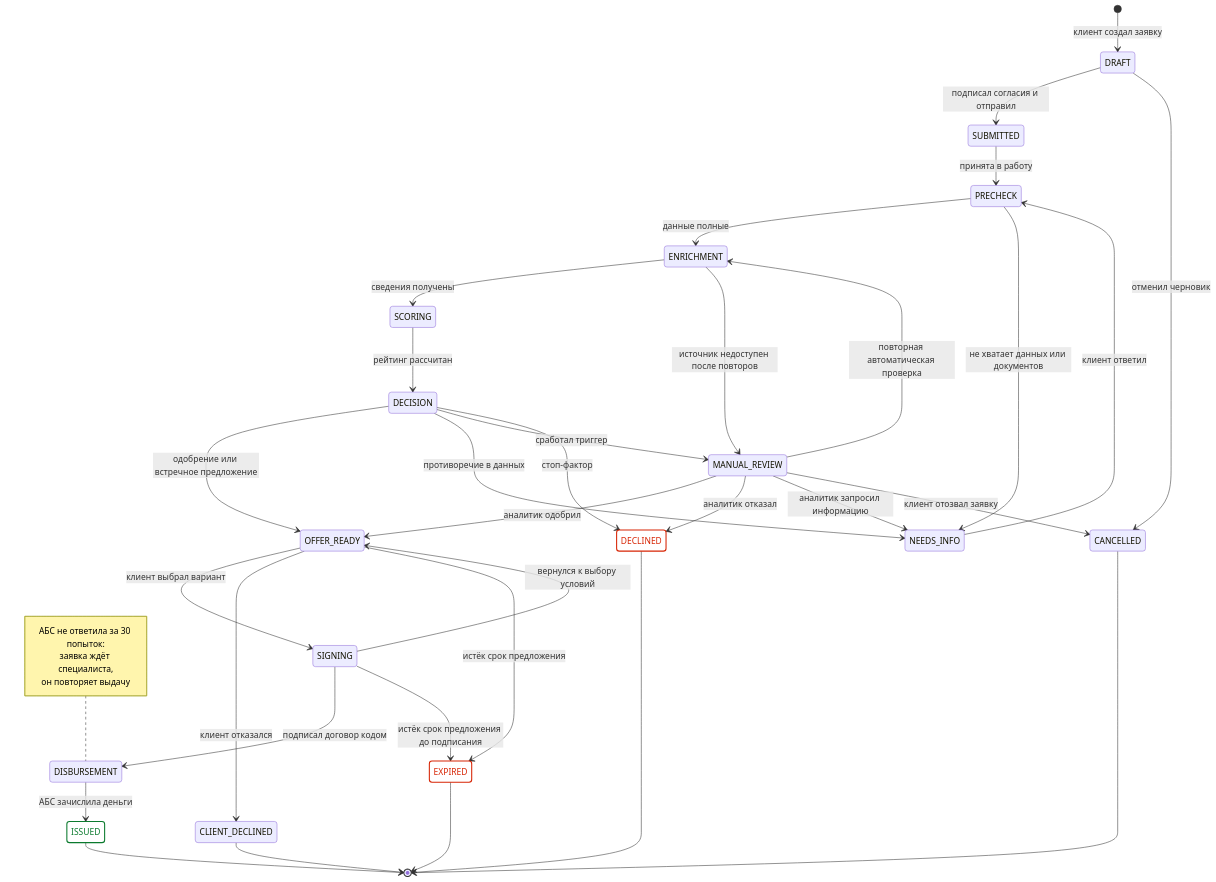
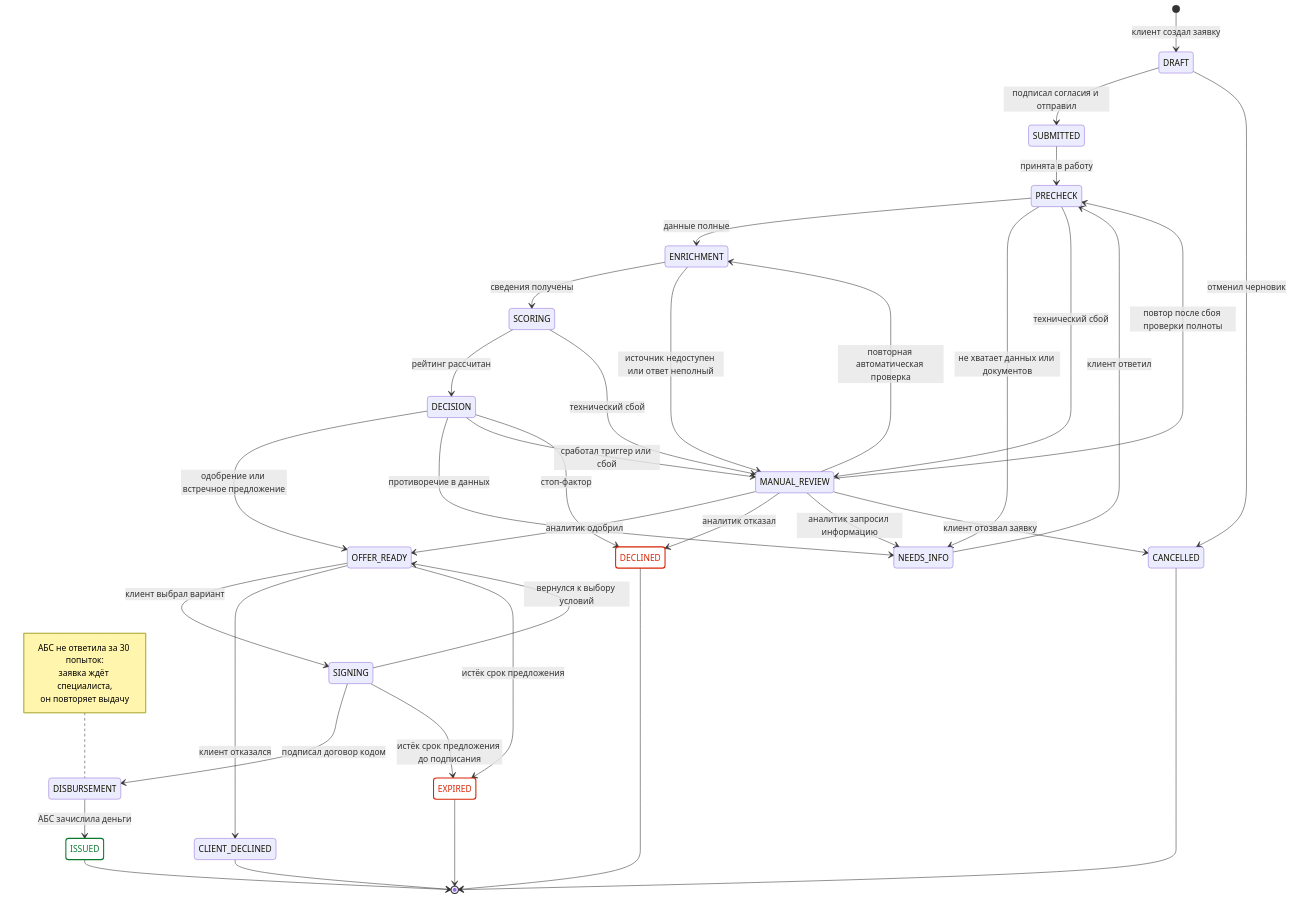
One commit to AnnKalenova/smart-credit-cabinet changed the diagram in docs/state-diagram.md. Above: the diagram before and after it, drawn with Mermaid. The commit also changed other lines of this file and 19 other files, not shown here.

````diff
--- a/docs/state-diagram.md
+++ b/docs/state-diagram.md
@@ -9,51 +9,54 @@
 ```mermaid
 stateDiagram-v2
     direction TB
     [*] --> DRAFT: клиент создал заявку
     DRAFT --> SUBMITTED: подписал согласия и отправил
     DRAFT --> CANCELLED: отменил черновик
     SUBMITTED --> PRECHECK: принята в работу
 
     PRECHECK --> ENRICHMENT: данные полные
     PRECHECK --> NEEDS_INFO: не хватает данных или документов
+    PRECHECK --> MANUAL_REVIEW: технический сбой
     NEEDS_INFO --> PRECHECK: клиент ответил
 
     ENRICHMENT --> SCORING: сведения получены
-    ENRICHMENT --> MANUAL_REVIEW: источник недоступен после повторов
+    ENRICHMENT --> MANUAL_REVIEW: источник недоступен или ответ неполный
     SCORING --> DECISION: рейтинг рассчитан
+    SCORING --> MANUAL_REVIEW: технический сбой
 
     DECISION --> OFFER_READY: одобрение или встречное предложение
     DECISION --> NEEDS_INFO: противоречие в данных
-    DECISION --> MANUAL_REVIEW: сработал триггер
+    DECISION --> MANUAL_REVIEW: сработал триггер или сбой
     DECISION --> DECLINED: стоп-фактор
 
     MANUAL_REVIEW --> OFFER_READY: аналитик одобрил
     MANUAL_REVIEW --> DECLINED: аналитик отказал
     MANUAL_REVIEW --> NEEDS_INFO: аналитик запросил информацию
     MANUAL_REVIEW --> ENRICHMENT: повторная автоматическая проверка
+    MANUAL_REVIEW --> PRECHECK: повтор после сбоя проверки полноты
     MANUAL_REVIEW --> CANCELLED: клиент отозвал заявку
 
     OFFER_READY --> SIGNING: клиент выбрал вариант
     OFFER_READY --> CLIENT_DECLINED: клиент отказался
     OFFER_READY --> EXPIRED: истёк срок предложения
     SIGNING --> OFFER_READY: вернулся к выбору условий
     SIGNING --> DISBURSEMENT: подписал договор кодом
     SIGNING --> EXPIRED: истёк срок предложения до подписания
     DISBURSEMENT --> ISSUED: АБС зачислила деньги
     note left of DISBURSEMENT
         АБС не ответила за 30 попыток:
         заявка ждёт специалиста,
         он повторяет выдачу
     end note
 
     ISSUED --> [*]
     DECLINED --> [*]
     CLIENT_DECLINED --> [*]
     CANCELLED --> [*]
     EXPIRED --> [*]
 
     classDef positive fill:#FFFFFF,stroke:#0B7A2E,stroke-width:2px,color:#0B7A2E
     classDef negative fill:#FFFFFF,stroke:#D72505,stroke-width:2px,color:#D72505
     class ISSUED positive
     class DECLINED,EXPIRED negative
 ```
````
